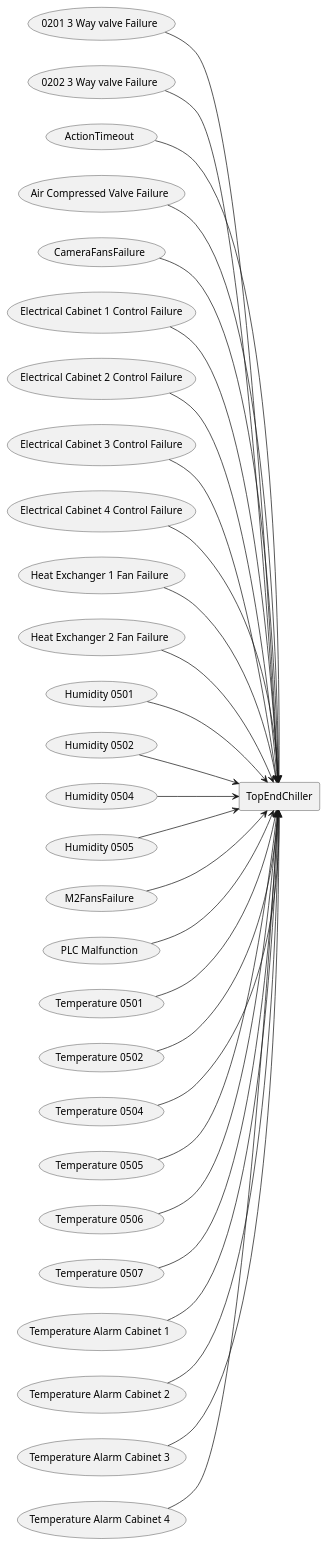
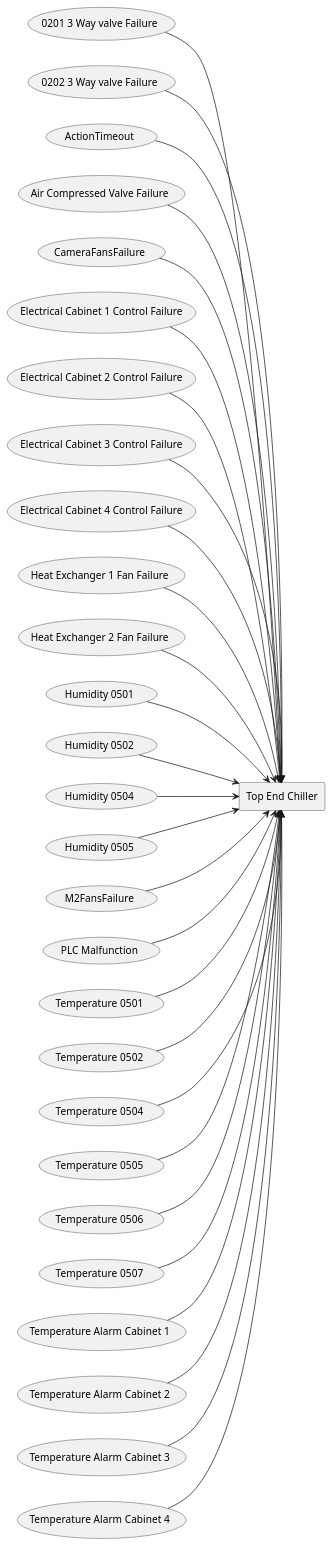
Diagram 19 of 19 in README.md (lsst-ts/ts_tma_tma-documentation_tma-faults), drawn with PlantUML before and after one commit. The commit also changed other lines of this file, not shown here.

````diff
--- a/README.md
+++ b/README.md
@@ -1128,13 +1214,13 @@
 ```plantuml
 @startuml
 left to right direction
-rectangle "TopEndChiller" as TopEndChiller
-usecase "0201 3 Way valve Failure" as 02013WayvalveFailure
+rectangle "Top End Chiller" as TopEndChiller
+usecase "0201 3 Way valve Failure" as 02013WayValveFailure
 
-02013WayvalveFailure --> TopEndChiller
-usecase "0202 3 Way valve Failure" as 02023WayvalveFailure
+02013WayValveFailure --> TopEndChiller
+usecase "0202 3 Way valve Failure" as 02023WayValveFailure
 
-02023WayvalveFailure --> TopEndChiller
+02023WayValveFailure --> TopEndChiller
 usecase "ActionTimeout" as ActionTimeout
 
 ActionTimeout --> TopEndChiller
````
